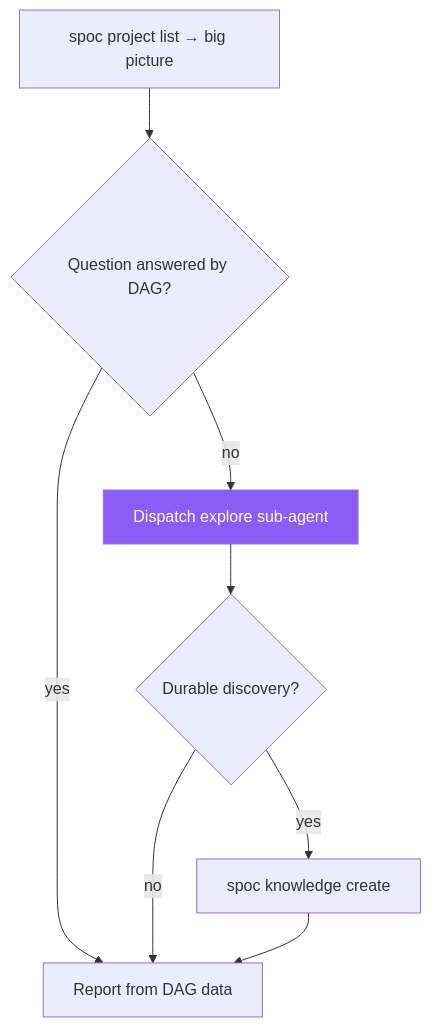
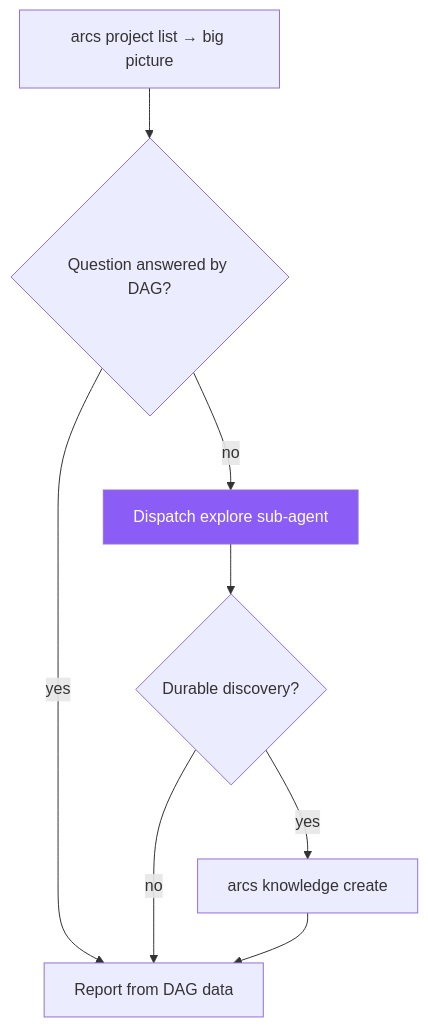
The diagram in skills/explore-dag.md (rryando/SPOC), drawn with Mermaid before and after one commit. The commit also changed other lines of this file and 190 other files, not shown here.

First line of the commit message:
feat!: rebrand SPOC → ARCS, publish as @rryando/arcs

````diff
--- a/skills/explore-dag.md
+++ b/skills/explore-dag.md
@@ -14,12 +14,12 @@
 ```mermaid
 flowchart TD
     classDef sub fill:#8b5cf6,color:#fff
 
-    A[spoc project list → big picture] --> B{Question answered by DAG?}
+    A[arcs project list → big picture] --> B{Question answered by DAG?}
     B -->|yes| C[Report from DAG data]
     B -->|no| D[Dispatch explore sub-agent]:::sub
     D --> E{Durable discovery?}
-    E -->|yes| F[spoc knowledge create]
+    E -->|yes| F[arcs knowledge create]
     E -->|no| C
     F --> C
 ```
````
